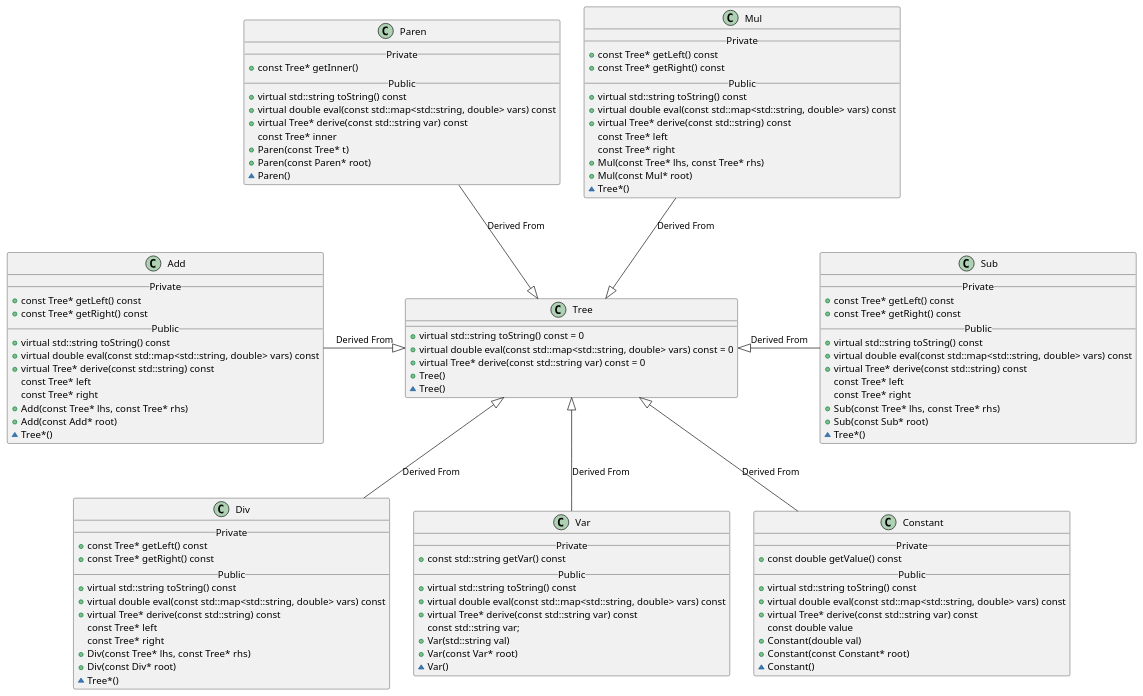
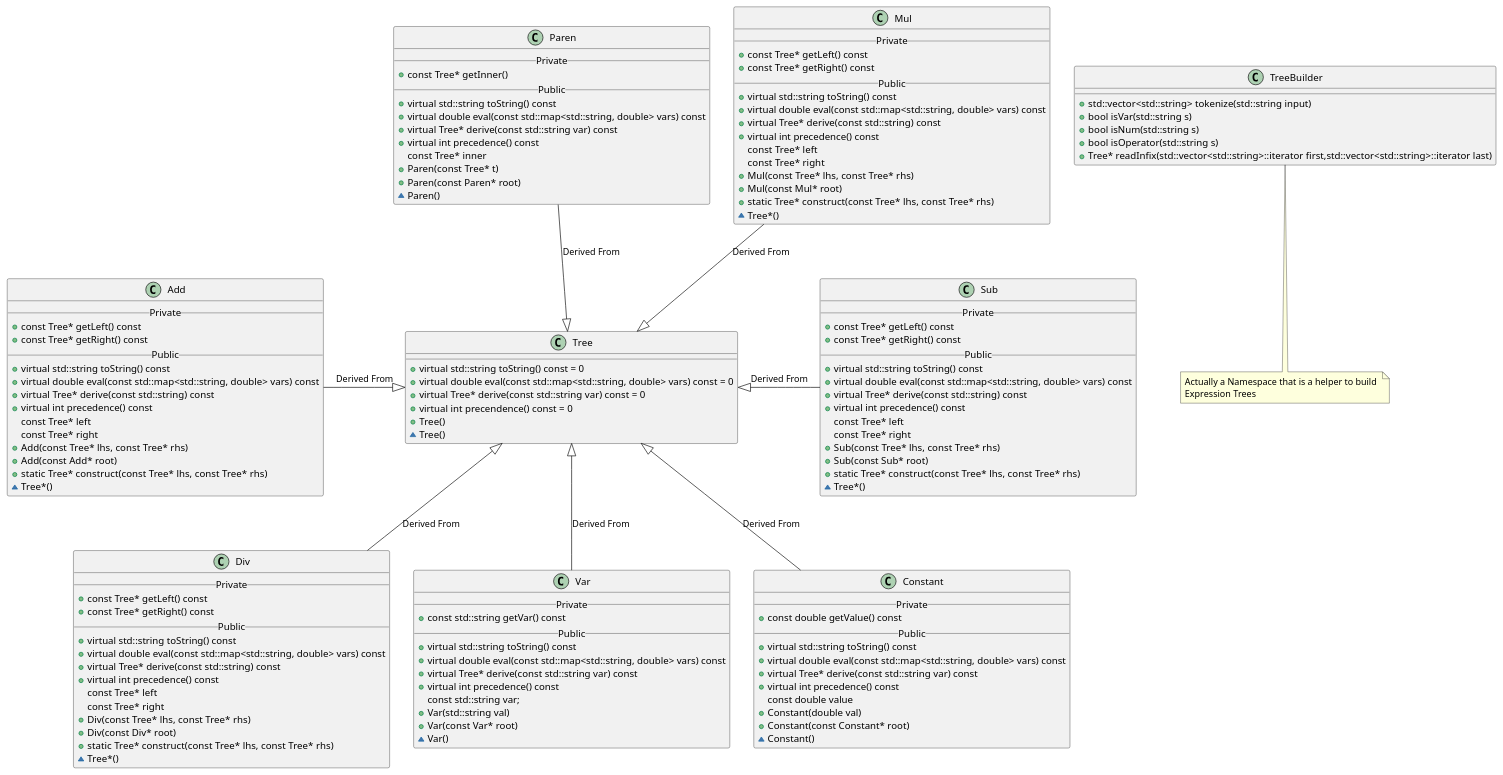
The diagram in expression_tree/expression_tree.puml (zacmcnulty123/CPP_grad_school), drawn with PlantUML before and after one commit. The commit also changed 4 other files, not shown here.

```diff
--- a/expression_tree/expression_tree.puml
+++ b/expression_tree/expression_tree.puml
@@ -1,117 +1,142 @@
 @startuml
 
 class Tree {
   +virtual std::string toString() const = 0
   +virtual double eval(const std::map<std::string, double> vars) const = 0
   +virtual Tree* derive(const std::string var) const = 0
+  +virtual int precendence() const = 0
   +Tree()
   ~Tree()
 }
 
 class Add {
   __Private__
   +const Tree* getLeft() const
   +const Tree* getRight() const
   __Public__
   +virtual std::string toString() const
   +virtual double eval(const std::map<std::string, double> vars) const
   +virtual Tree* derive(const std::string) const
+  +virtual int precedence() const
   const Tree* left
   const Tree* right
   +Add(const Tree* lhs, const Tree* rhs)
   +Add(const Add* root)
+  +static Tree* construct(const Tree* lhs, const Tree* rhs)
   ~Tree*()
 }
 
 class Sub {
   __Private__
   +const Tree* getLeft() const
   +const Tree* getRight() const
   __Public__
   +virtual std::string toString() const
   +virtual double eval(const std::map<std::string, double> vars) const
   +virtual Tree* derive(const std::string) const
+  +virtual int precedence() const
   const Tree* left
   const Tree* right
   +Sub(const Tree* lhs, const Tree* rhs)
   +Sub(const Sub* root)
+  +static Tree* construct(const Tree* lhs, const Tree* rhs)
   ~Tree*()
 }
 
 class Mul {
   __Private__
   +const Tree* getLeft() const
   +const Tree* getRight() const
   __Public__
   +virtual std::string toString() const
   +virtual double eval(const std::map<std::string, double> vars) const
   +virtual Tree* derive(const std::string) const
+  +virtual int precedence() const
   const Tree* left
   const Tree* right
   +Mul(const Tree* lhs, const Tree* rhs)
   +Mul(const Mul* root)
+  +static Tree* construct(const Tree* lhs, const Tree* rhs)
   ~Tree*()
 }
 
 class Div {
   __Private__
   +const Tree* getLeft() const
   +const Tree* getRight() const
   __Public__
   +virtual std::string toString() const
   +virtual double eval(const std::map<std::string, double> vars) const
   +virtual Tree* derive(const std::string) const
+  +virtual int precedence() const
   const Tree* left
   const Tree* right
   +Div(const Tree* lhs, const Tree* rhs)
   +Div(const Div* root)
+  +static Tree* construct(const Tree* lhs, const Tree* rhs)
   ~Tree*()
 }
 
 class Paren {
   __Private__
   +const Tree* getInner()
   __Public__
   +virtual std::string toString() const
   +virtual double eval(const std::map<std::string, double> vars) const
   +virtual Tree* derive(const std::string var) const
+  +virtual int precedence() const
   const Tree* inner
   +Paren(const Tree* t)
   +Paren(const Paren* root)
   ~Paren()
 }
 
 class Var {
   __Private__
   +const std::string getVar() const
   __Public__
   +virtual std::string toString() const
   +virtual double eval(const std::map<std::string, double> vars) const
   +virtual Tree* derive(const std::string var) const
+  +virtual int precedence() const
   const std::string var;
   +Var(std::string val)
   +Var(const Var* root)
   ~Var()
 }
 
 class Constant {
   __Private__
   +const double getValue() const
   __Public__
   +virtual std::string toString() const
   +virtual double eval(const std::map<std::string, double> vars) const
   +virtual Tree* derive(const std::string var) const
+  +virtual int precedence() const
   const double value
   +Constant(double val)
   +Constant(const Constant* root)
   ~Constant()
 }
+
+class TreeBuilder {
+  +std::vector<std::string> tokenize(std::string input)
+  +bool isVar(std::string s)
+  +bool isNum(std::string s)
+  +bool isOperator(std::string s)
+  +Tree* readInfix(std::vector<std::string>::iterator first,std::vector<std::string>::iterator last)
+}
+
+note bottom of TreeBuilder
+  Actually a Namespace that is a helper to build 
+  Expression Trees
+end note
 
 Tree <|-l- Add : Derived From
 Tree <|-r- Sub : Derived From
 Tree <|-u- Mul : Derived From
 Tree <|-d- Div : Derived From
 Tree <|-u- Paren : Derived From
 Tree <|-- Var : Derived From
 Tree <|-- Constant : Derived From
 @enduml
```
